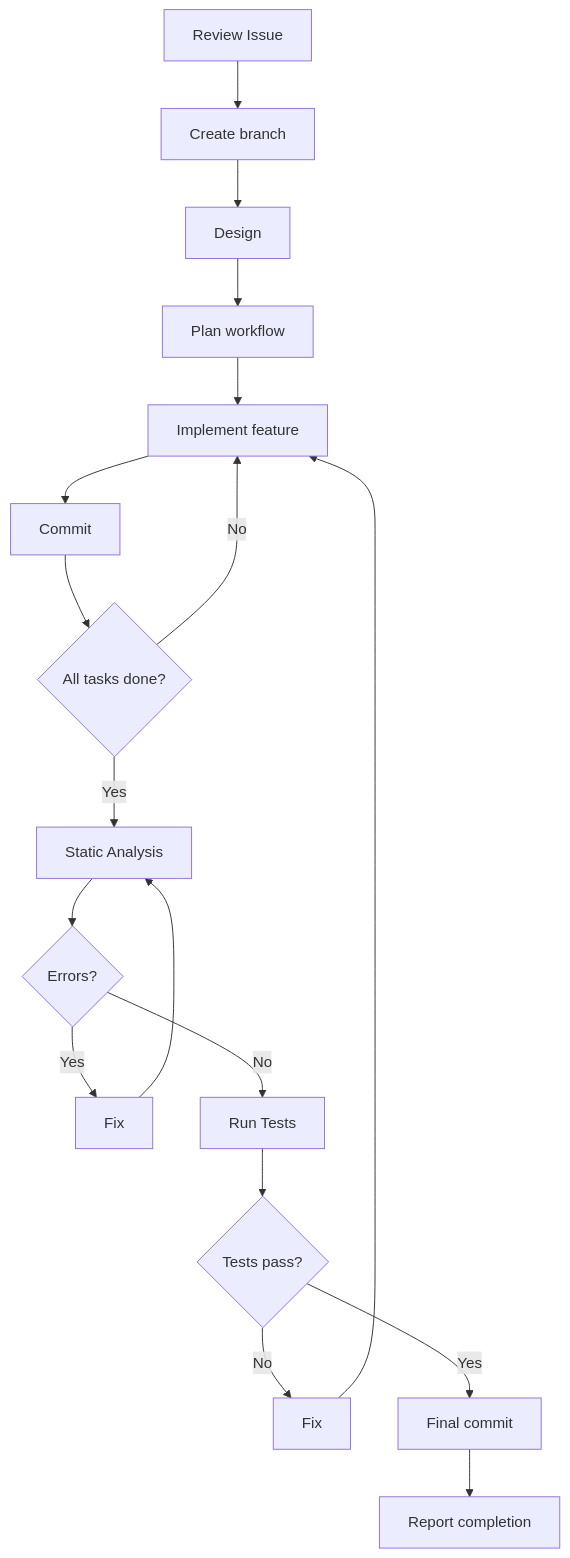
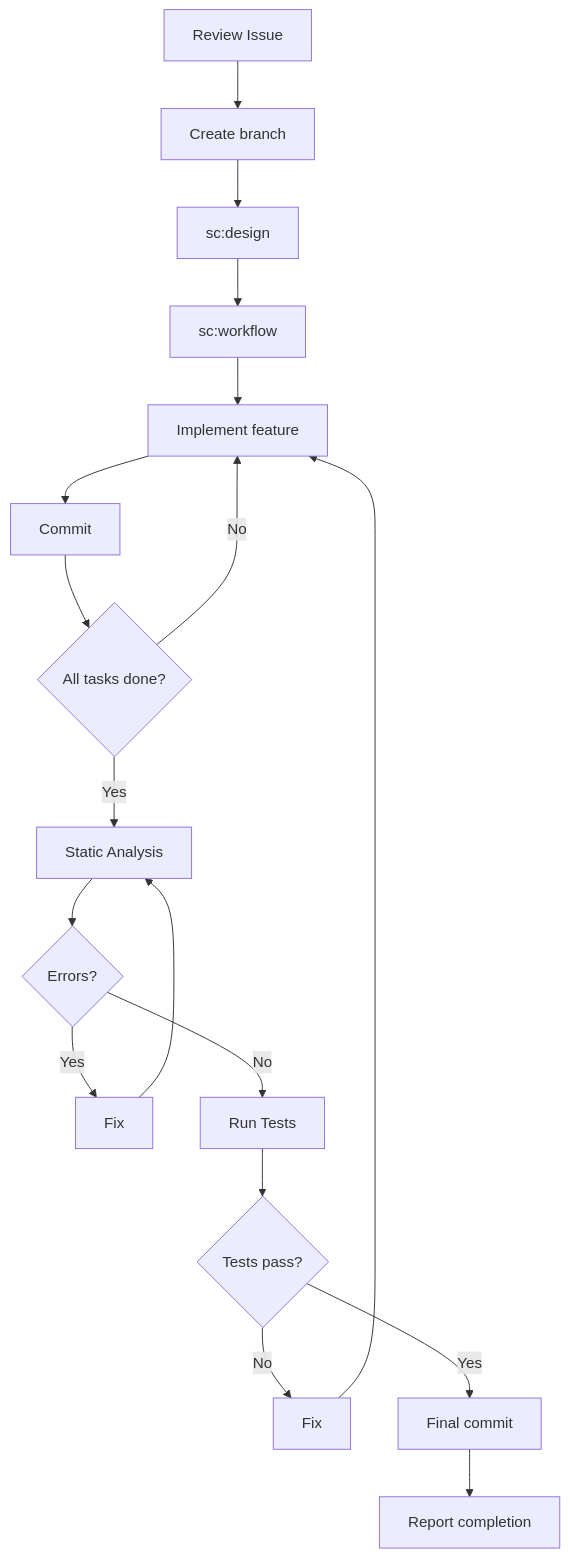
Before and after one commit to TE-ToshiakiTanaka2/tarnished: the diagram in .claude/skills/implement/SKILL.md, drawn with Mermaid. The commit also changed other lines of this file and 2 other files, not shown here.

````diff
--- a/.claude/skills/implement/SKILL.md
+++ b/.claude/skills/implement/SKILL.md
@@ -79,20 +92,20 @@
 ```mermaid
 graph TD
     A[Review Issue] --> B[Create branch]
-    B --> C[Design]
-    C --> D[Plan workflow]
+    B --> C[sc:design]
+    C --> D[sc:workflow]
     D --> E[Implement feature]
     E --> F[Commit]
     F --> G{All tasks done?}
     G -->|No| E
     G -->|Yes| H[Static Analysis]
     H --> I{Errors?}
     I -->|Yes| J[Fix]
     J --> H
     I -->|No| K[Run Tests]
     K --> L{Tests pass?}
     L -->|No| M[Fix]
     M --> E
     L -->|Yes| N[Final commit]
     N --> O[Report completion]
 ```
````
